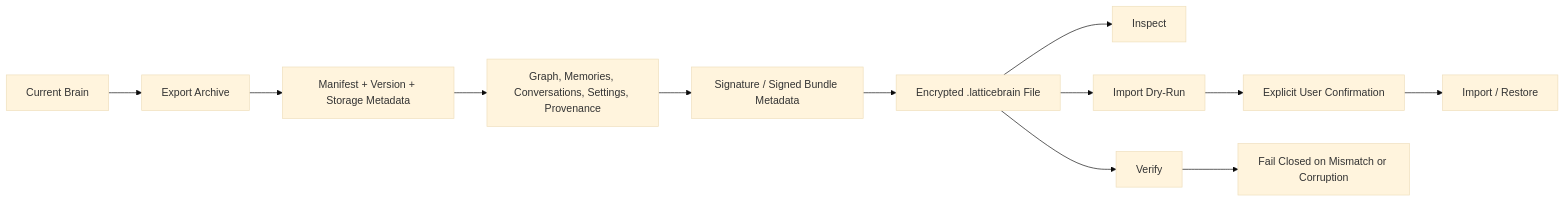
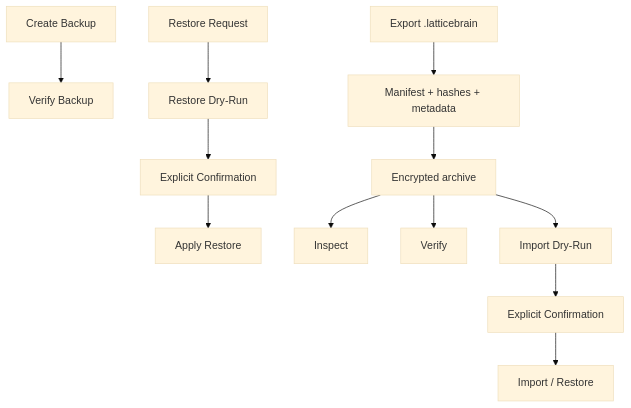
Before and after one commit to TaeSooPark-PTS/LatticeAI: the eighth of 10 diagrams in ARCHITECTURE.md, drawn with Mermaid (base theme). The commit also changed other lines of this file and 41 other files, not shown here.

````diff
--- a/ARCHITECTURE.md
+++ b/ARCHITECTURE.md
@@ -256,15 +186,15 @@
 ```mermaid
-flowchart LR
-  Source["Current Brain"] --> Export["Export Archive"]
-  Export --> Manifest["Manifest + Version + Storage Metadata"]
-  Manifest --> Contents["Graph, Memories, Conversations, Settings, Provenance"]
-  Contents --> Sign["Signature / Signed Bundle Metadata"]
-  Sign --> Encrypt["Encrypted .latticebrain File"]
+flowchart TD
+  Backup["Create Backup"] --> VerifyBackup["Verify Backup"]
+  Restore["Restore Request"] --> DryRun["Restore Dry-Run"]
+  DryRun --> Confirm["Explicit Confirmation"]
+  Confirm --> Apply["Apply Restore"]
 
+  Export["Export .latticebrain"] --> Manifest["Manifest + hashes + metadata"]
+  Manifest --> Encrypt["Encrypted archive"]
   Encrypt --> Inspect["Inspect"]
   Encrypt --> Verify["Verify"]
-  Encrypt --> DryRun["Import Dry-Run"]
-  DryRun --> Confirm["Explicit User Confirmation"]
-  Confirm --> Import["Import / Restore"]
-  Verify --> Reject["Fail Closed on Mismatch or Corruption"]
+  Encrypt --> ImportDryRun["Import Dry-Run"]
+  ImportDryRun --> ImportConfirm["Explicit Confirmation"]
+  ImportConfirm --> Import["Import / Restore"]
 ```
````
